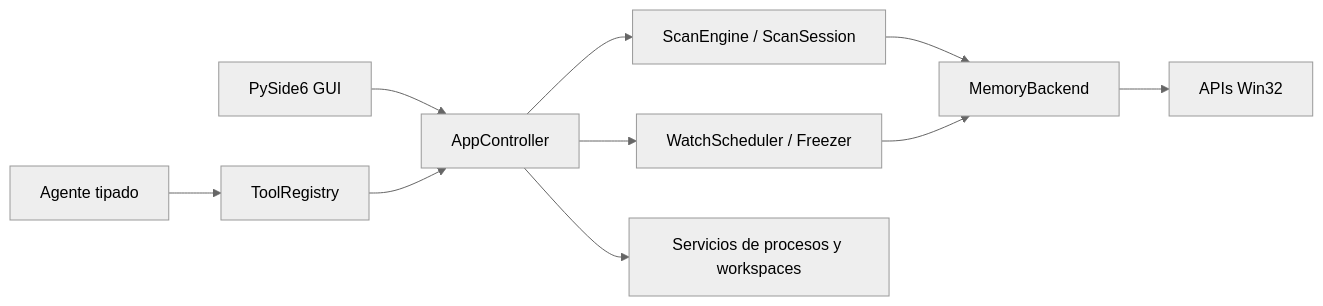
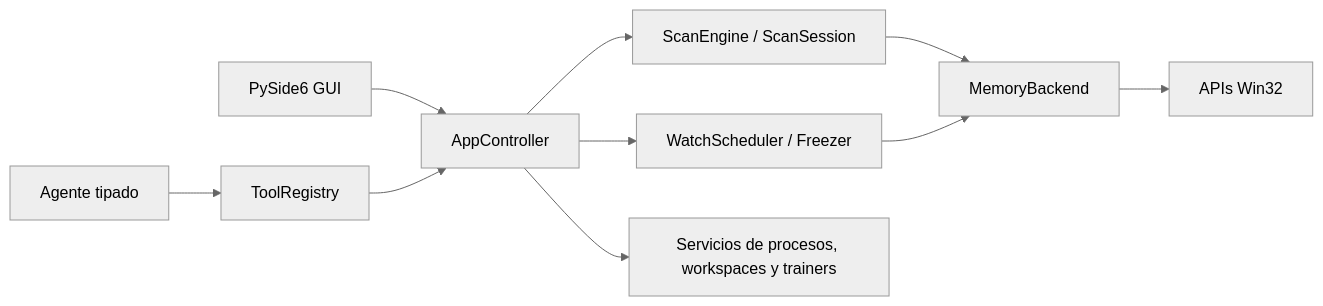
The diagram in README.md (evilrender23/MadMod-Cheat-Engine), drawn with Mermaid (neutral theme) before and after one commit. The commit also changed other lines of this file and 20 other files, not shown here.

````diff
--- a/README.md
+++ b/README.md
@@ -136,12 +154,12 @@
 ```mermaid
 flowchart LR
     UI[PySide6 GUI] --> C[AppController]
     CHAT[Agente tipado] --> T[ToolRegistry]
     T --> C
     C --> S[ScanEngine / ScanSession]
     C --> W[WatchScheduler / Freezer]
-    C --> P[Servicios de procesos y workspaces]
+    C --> P[Servicios de procesos, workspaces y trainers]
     S --> B[MemoryBackend]
     W --> B
     B --> K[APIs Win32]
 ```
````
